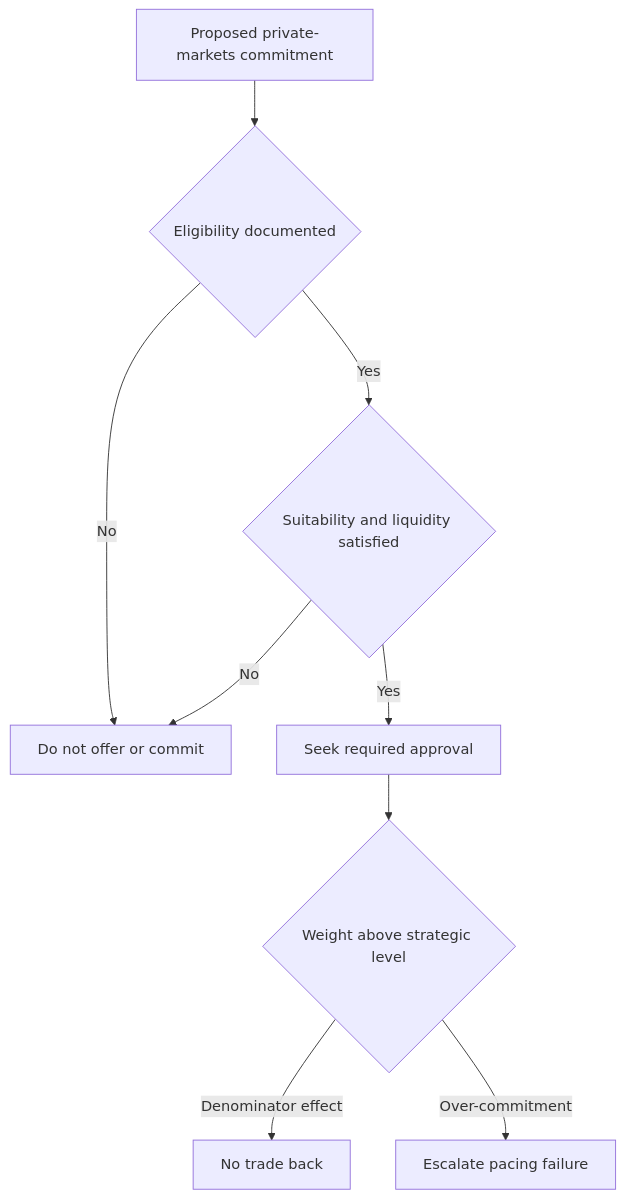
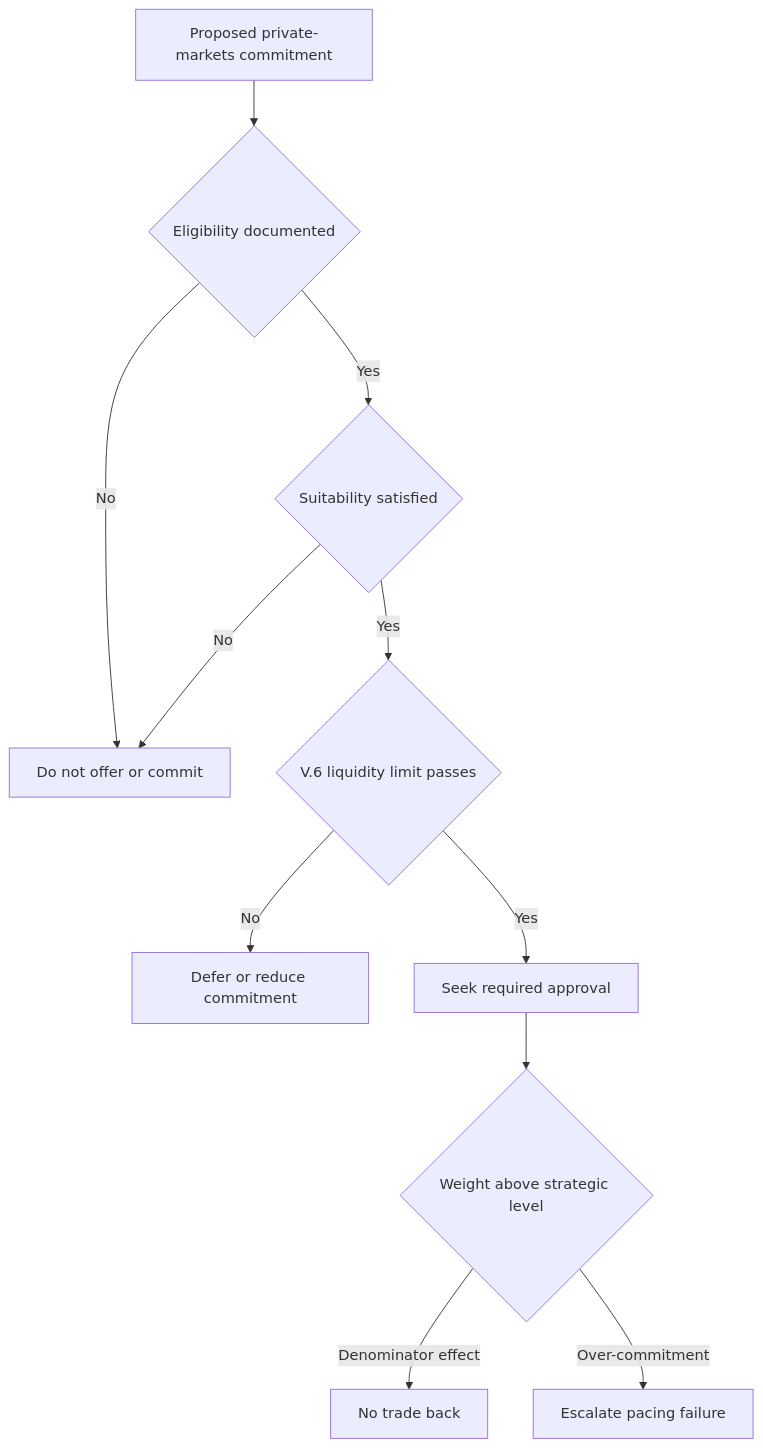
The diagram in openwiki/guidance/allocation/global-multi-asset-bands.md (xuro-langchain/wealth-research-corpus), drawn with Mermaid before and after one commit. The commit also changed other lines of this file and 27 other files, not shown here.

````diff
--- a/openwiki/guidance/allocation/global-multi-asset-bands.md
+++ b/openwiki/guidance/allocation/global-multi-asset-bands.md
@@ -59,11 +60,13 @@
 ```mermaid
 flowchart TD
     Start["Proposed private-markets commitment"] --> Eligible{"Eligibility documented"}
     Eligible -- "No" --> Stop["Do not offer or commit"]
-    Eligible -- "Yes" --> Suitable{"Suitability and liquidity satisfied"}
+    Eligible -- "Yes" --> Suitable{"Suitability satisfied"}
     Suitable -- "No" --> Stop
-    Suitable -- "Yes" --> Approval["Seek required approval"]
+    Suitable -- "Yes" --> Liquidity{"V.6 liquidity limit passes"}
+    Liquidity -- "No" --> Pace["Defer or reduce commitment"]
+    Liquidity -- "Yes" --> Approval["Seek required approval"]
     Approval --> Monitor{"Weight above strategic level"}
     Monitor -- "Denominator effect" --> Hold["No trade back"]
     Monitor -- "Over-commitment" --> Escalate["Escalate pacing failure"]
 ```
````
